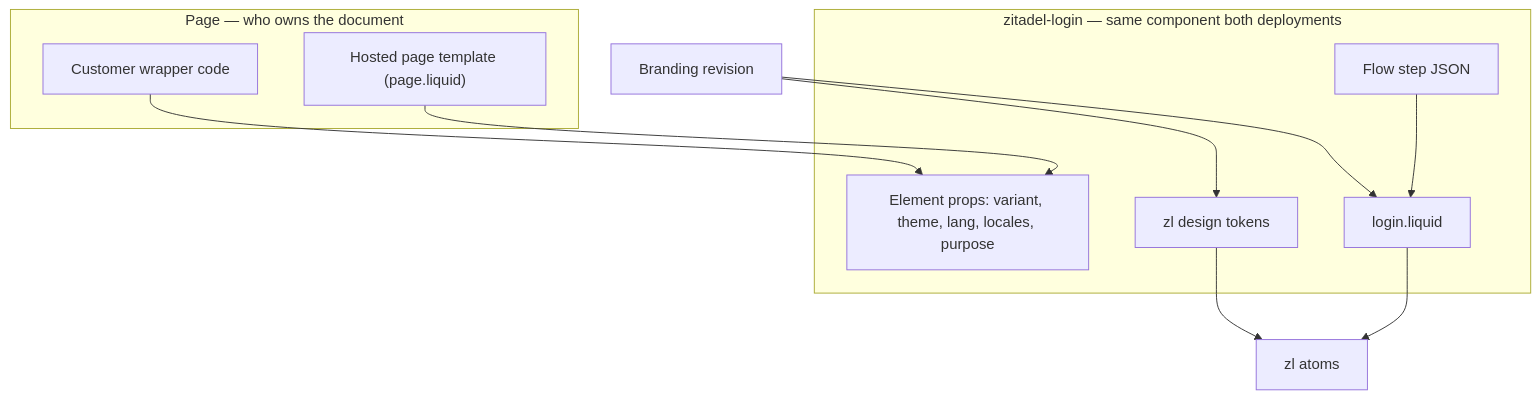
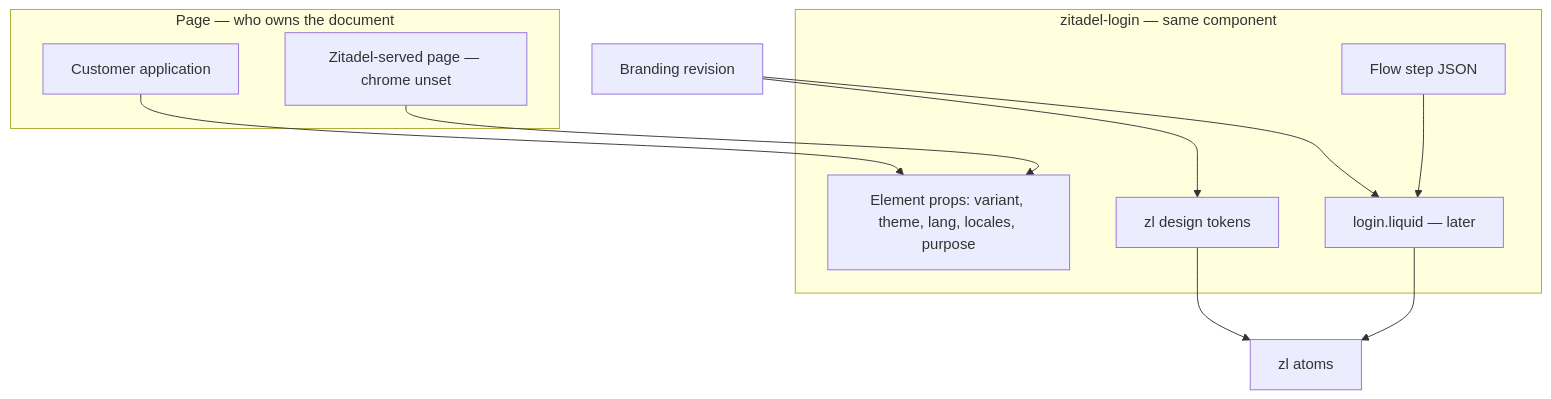
The fourth of 4 diagrams in docs/design/branding/customization-strategy.md (zitadel/nextgen), drawn with Mermaid before and after one commit. The commit also changed other lines of this file and 7 other files, not shown here.

````diff
--- a/docs/design/branding/customization-strategy.md
+++ b/docs/design/branding/customization-strategy.md
@@ -394,21 +438,21 @@
 ```mermaid
 flowchart TB
   subgraph page [Page — who owns the document]
-    EmbWrap[Customer wrapper code]
-    HostWrap["Hosted page template (page.liquid)"]
+    EmbWrap[Customer application]
+    HostWrap[Zitadel-served page — chrome unset]
   end
-  subgraph widget [zitadel-login — same component both deployments]
-    Props[Element props: variant, theme, lang, locales, purpose]
+  subgraph widget [zitadel-login — same component]
+    Props["Element props: variant, theme, lang, locales, purpose"]
     Tokens[zl design tokens]
-    Liquid[login.liquid]
+    Liquid[login.liquid — later]
     Flow[Flow step JSON]
   end
   EmbWrap --> Props
   HostWrap --> Props
   Branding[Branding revision]
   Branding --> Tokens
   Branding --> Liquid
   Flow --> Liquid
   Liquid --> Atoms[zl atoms]
   Tokens --> Atoms
 ```
````
